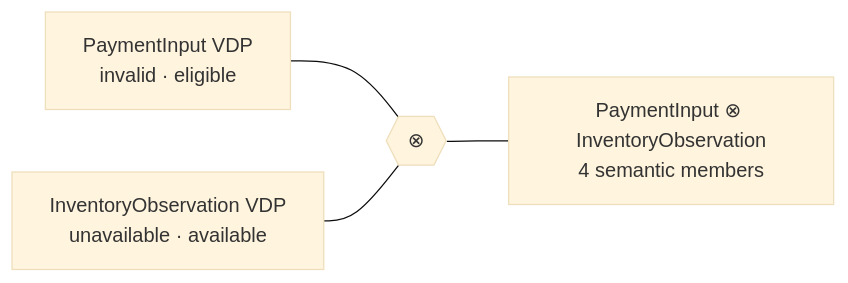
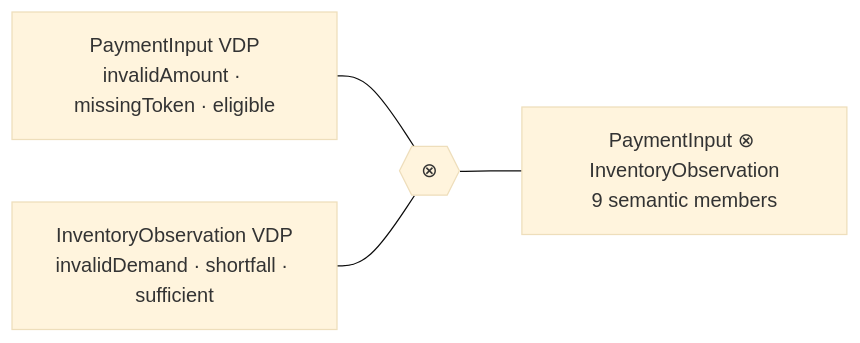
The first of 3 diagrams in README.md (mrvanish97/archiscript), drawn with Mermaid (base theme) before and after one commit. The commit also changed other lines of this file, not shown here.

Commit message:
docs: show member-level VDP mappings in checkout

````diff
--- a/README.md
+++ b/README.md
@@ -46,11 +47,11 @@
 ```mermaid
 flowchart LR
-  P["PaymentInput VDP<br/>invalid · eligible"]
-  I["InventoryObservation VDP<br/>unavailable · available"]
+  P["PaymentInput VDP<br/>invalidAmount · missingToken · eligible"]
+  I["InventoryObservation VDP<br/>invalidDemand · shortfall · sufficient"]
   T{{"⊗"}}
-  J["PaymentInput ⊗ InventoryObservation<br/>4 semantic members"]
+  J["PaymentInput ⊗ InventoryObservation<br/>9 semantic members"]
 
   P --- T
   I --- T
   T --- J
 ```
````
